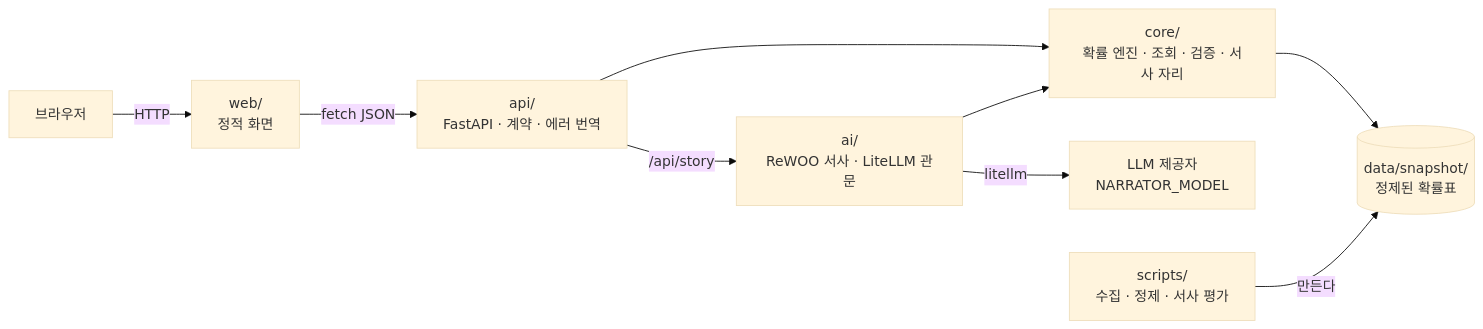
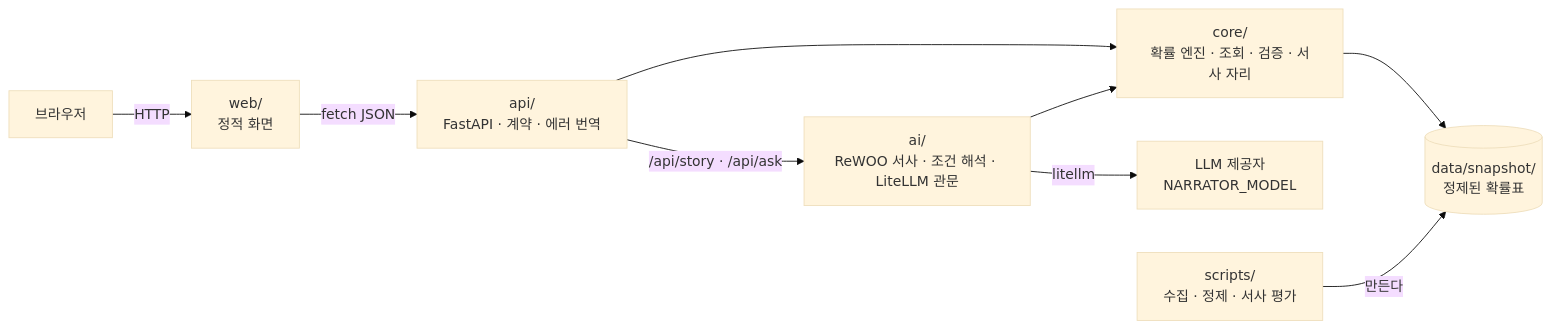
Before and after one commit to wallaby150/ai_service_engineering-track_a: the first of 2 diagrams in docs/architecture.md, drawn with Mermaid (base theme). The commit also changed other lines of this file and 8 other files, not shown here.

````diff
--- a/docs/architecture.md
+++ b/docs/architecture.md
@@ -5,11 +5,11 @@
 ```mermaid
 graph LR
   B[브라우저] -->|HTTP| W[web/<br/>정적 화면]
   W -->|fetch JSON| API[api/<br/>FastAPI · 계약 · 에러 번역]
   API --> CORE[core/<br/>확률 엔진 · 조회 · 검증 · 서사 자리]
-  API -->|/api/story| AI[ai/<br/>ReWOO 서사 · LiteLLM 관문]
+  API -->|/api/story · /api/ask| AI[ai/<br/>ReWOO 서사 · 조건 해석 · LiteLLM 관문]
   AI --> CORE
   AI -->|litellm| LLM[LLM 제공자<br/>NARRATOR_MODEL]
   CORE --> DATA[(data/snapshot/<br/>정제된 확률표)]
   S[scripts/<br/>수집 · 정제 · 서사 평가] -->|만든다| DATA
 ```
````
